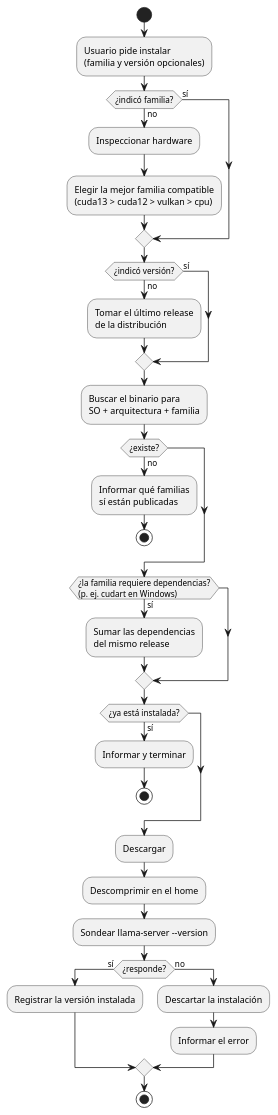
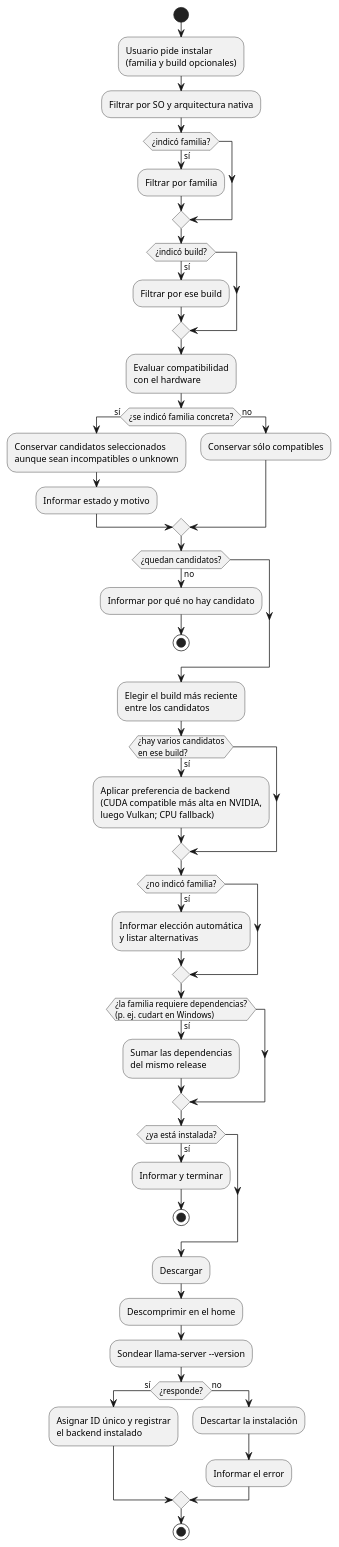
The first of 8 diagrams in docs/actividades.md (mstranich/coquena), drawn with PlantUML before and after one commit. The commit also changed other lines of this file and 6 other files, not shown here.

````diff
--- a/docs/actividades.md
+++ b/docs/actividades.md
@@ -5,37 +5,48 @@
 ```plantuml
 @startuml
 start
-:Usuario pide instalar\n(familia y versión opcionales);
-if (¿indicó familia?) then (no)
-  :Inspeccionar hardware;
-  :Elegir la mejor familia compatible\n(cuda13 > cuda12 > vulkan > cpu);
-else (sí)
+:Usuario pide instalar\n(familia y build opcionales);
+:Filtrar por SO y arquitectura nativa;
+if (¿indicó familia?) then (sí)
+  :Filtrar por familia;
 endif
-if (¿indicó versión?) then (no)
-  :Tomar el último release\nde la distribución;
-else (sí)
+if (¿indicó build?) then (sí)
+  :Filtrar por ese build;
 endif
-:Buscar el binario para\nSO + arquitectura + familia;
-if (¿existe?) then (no)
-  :Informar qué familias\nsí están publicadas;
+:Evaluar compatibilidad\ncon el hardware;
+if (¿se indicó familia concreta?) then (sí)
+  :Conservar candidatos seleccionados\naunque sean incompatibles o unknown;
+  :Informar estado y motivo;
+else (no)
+  :Conservar sólo compatibles;
+endif
+if (¿quedan candidatos?) then (no)
+  :Informar por qué no hay candidato;
   stop
+endif
+:Elegir el build más reciente\nentre los candidatos;
+if (¿hay varios candidatos\nen ese build?) then (sí)
+  :Aplicar preferencia de backend\n(CUDA compatible más alta en NVIDIA,\nluego Vulkan; CPU fallback);
+endif
+if (¿no indicó familia?) then (sí)
+  :Informar elección automática\ny listar alternativas;
 endif
 if (¿la familia requiere dependencias?\n(p. ej. cudart en Windows)) then (sí)
   :Sumar las dependencias\ndel mismo release;
 endif
 if (¿ya está instalada?) then (sí)
   :Informar y terminar;
   stop
 endif
 :Descargar;
 :Descomprimir en el home;
 :Sondear llama-server --version;
 if (¿responde?) then (sí)
-  :Registrar la versión instalada;
+  :Asignar ID único y registrar\nel backend instalado;
 else (no)
   :Descartar la instalación;
   :Informar el error;
 endif
 stop
 @enduml
 ```
````
